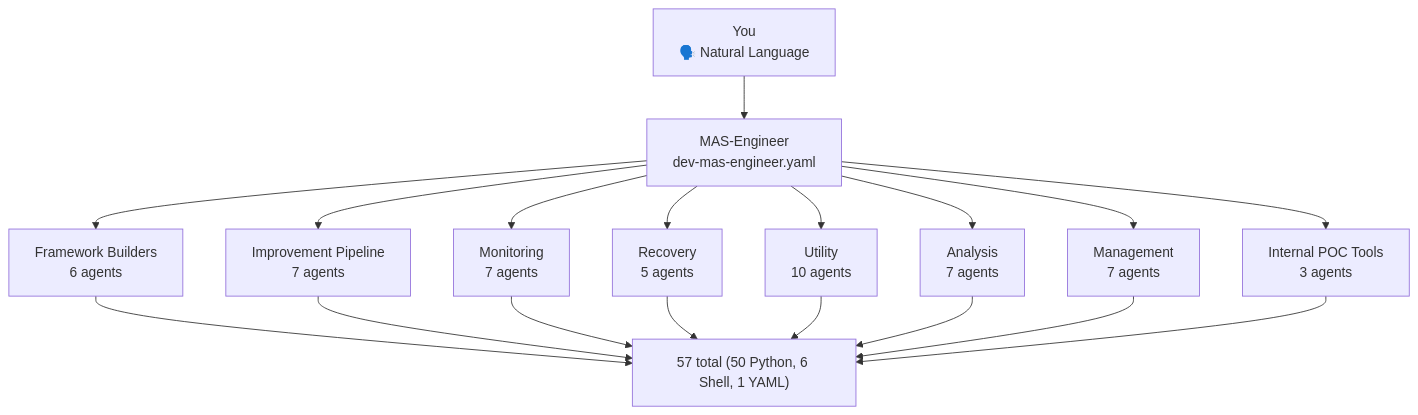
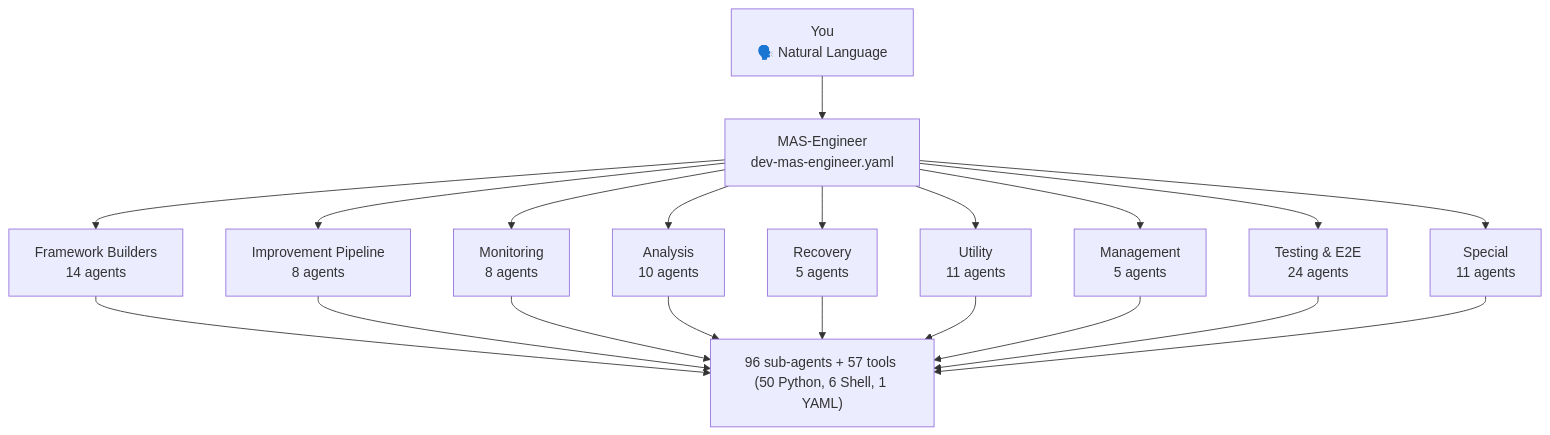
The second of 6 diagrams in README.md (mczardybon/mas-engineer), drawn with Mermaid before and after one commit. The commit also changed other lines of this file and 9 other files, not shown here.

First line of the commit message:
📝 DOCS — Konsistenz-Fix: 8-Stage Pipeline + 96 Sub-Agents + 57 Tools

````diff
--- a/README.md
+++ b/README.md
@@ -272,13 +272,14 @@
 ```mermaid
 flowchart TD
     YOU["You\n🗣️ Natural Language"] --> ENGINEER["MAS-Engineer\ndev-mas-engineer.yaml"]
-    ENGINEER --> FB["Framework Builders\n6 agents"]
-    ENGINEER --> IP["Improvement Pipeline\n7 agents"]
-    ENGINEER --> MON["Monitoring\n7 agents"]
+    ENGINEER --> FB["Framework Builders\n14 agents"]
+    ENGINEER --> IP["Improvement Pipeline\n8 agents"]
+    ENGINEER --> MON["Monitoring\n8 agents"]
+    ENGINEER --> AN["Analysis\n10 agents"]
     ENGINEER --> REC["Recovery\n5 agents"]
-    ENGINEER --> UT["Utility\n10 agents"]
-    ENGINEER --> AN["Analysis\n7 agents"]
-    ENGINEER --> MG["Management\n7 agents"]
-    ENGINEER --> POC["Internal POC Tools\n3 agents"]
-    FB & IP & MON & REC & UT & AN & MG & POC --> TOOLS["57 total (50 Python, 6 Shell, 1 YAML)"]
+    ENGINEER --> UT["Utility\n11 agents"]
+    ENGINEER --> MG["Management\n5 agents"]
+    ENGINEER --> TEST["Testing & E2E\n24 agents"]
+    ENGINEER --> SPEC["Special\n11 agents"]
+    FB & IP & MON & AN & REC & UT & MG & TEST & SPEC --> TOOLS["96 sub-agents + 57 tools (50 Python, 6 Shell, 1 YAML)"]
 ```
````
